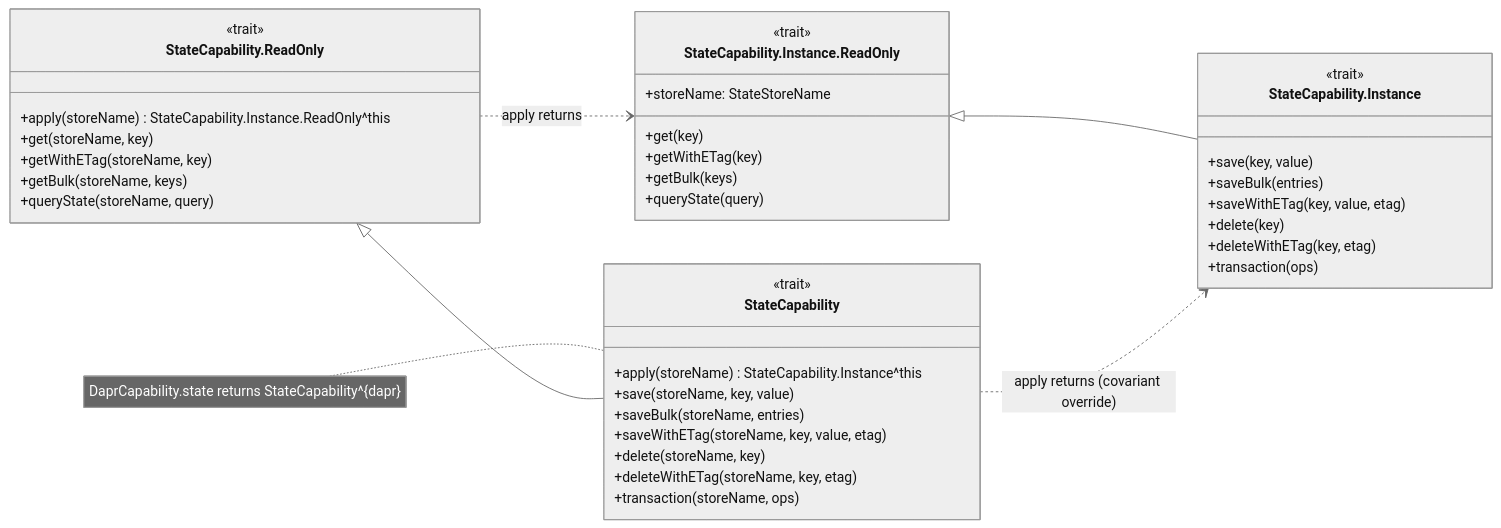
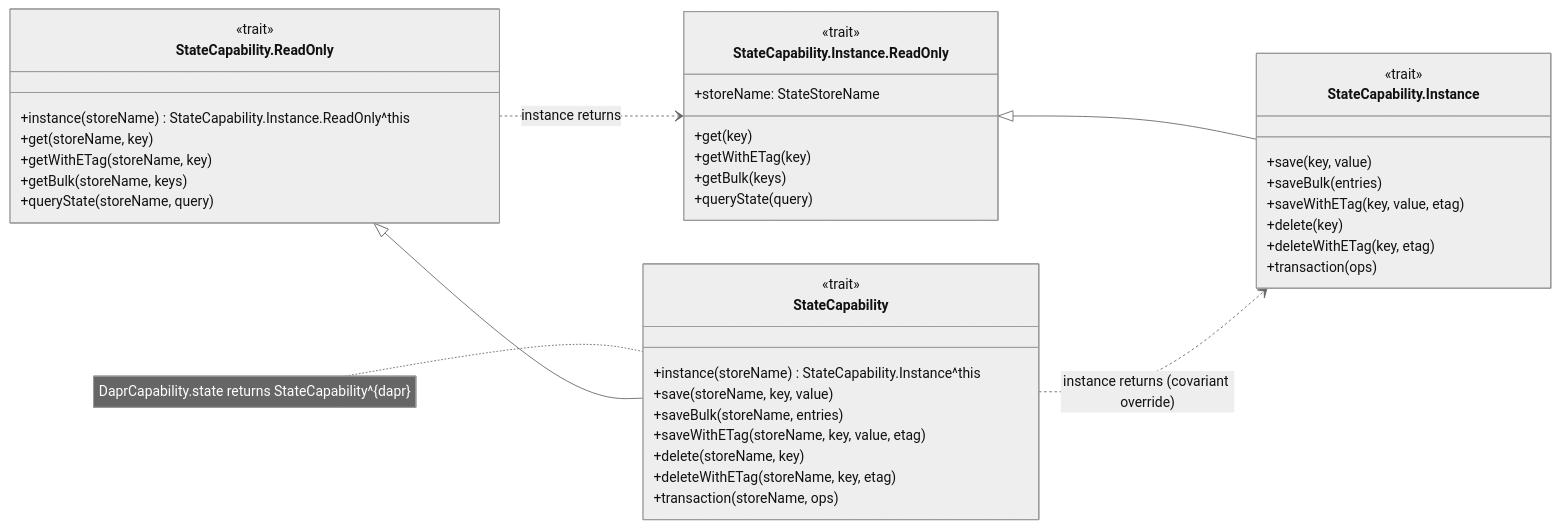
Diagram 43 of 43 in docs/CAPABILITY-SPLITS.md (sideeffffect/dapr4s), drawn with Mermaid (neutral theme) before and after one commit. The commit also changed other lines of this file and 26 other files, not shown here.

Commit message:
docs: instance(name)/forType narrowing in scaladoc, docs and spec

````diff
--- a/docs/CAPABILITY-SPLITS.md
+++ b/docs/CAPABILITY-SPLITS.md
@@ -1062,44 +1062,44 @@
 ```mermaid
 classDiagram
     direction LR
     class SRO["StateCapability.ReadOnly"] {
         <<trait>>
-        +apply(storeName) StateCapability.Instance.ReadOnly^this
+        +instance(storeName) StateCapability.Instance.ReadOnly^this
         +get(storeName, key)
         +getWithETag(storeName, key)
         +getBulk(storeName, keys)
         +queryState(storeName, query)
     }
     class S["StateCapability"] {
         <<trait>>
-        +apply(storeName) StateCapability.Instance^this
+        +instance(storeName) StateCapability.Instance^this
         +save(storeName, key, value)
         +saveBulk(storeName, entries)
         +saveWithETag(storeName, key, value, etag)
         +delete(storeName, key)
         +deleteWithETag(storeName, key, etag)
         +transaction(storeName, ops)
     }
     class IRO["StateCapability.Instance.ReadOnly"] {
         <<trait>>
         +storeName: StateStoreName
         +get(key)
         +getWithETag(key)
         +getBulk(keys)
         +queryState(query)
     }
     class I["StateCapability.Instance"] {
         <<trait>>
         +save(key, value)
         +saveBulk(entries)
         +saveWithETag(key, value, etag)
         +delete(key)
         +deleteWithETag(key, etag)
         +transaction(ops)
     }
     SRO <|-- S
     IRO <|-- I
-    SRO ..> IRO : apply returns
-    S ..> I : apply returns (covariant override)
+    SRO ..> IRO : instance returns
+    S ..> I : instance returns (covariant override)
     note for S "DaprCapability.state returns StateCapability^{dapr}"
 ```
````
